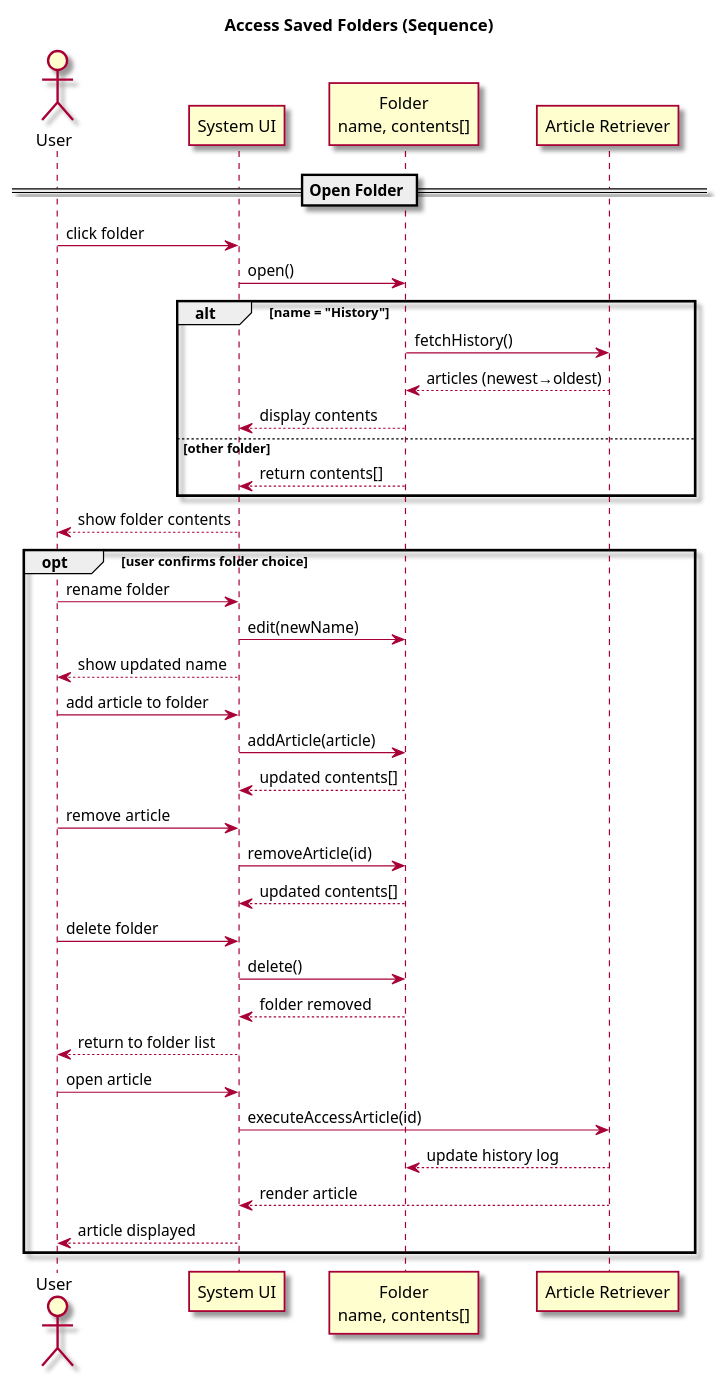
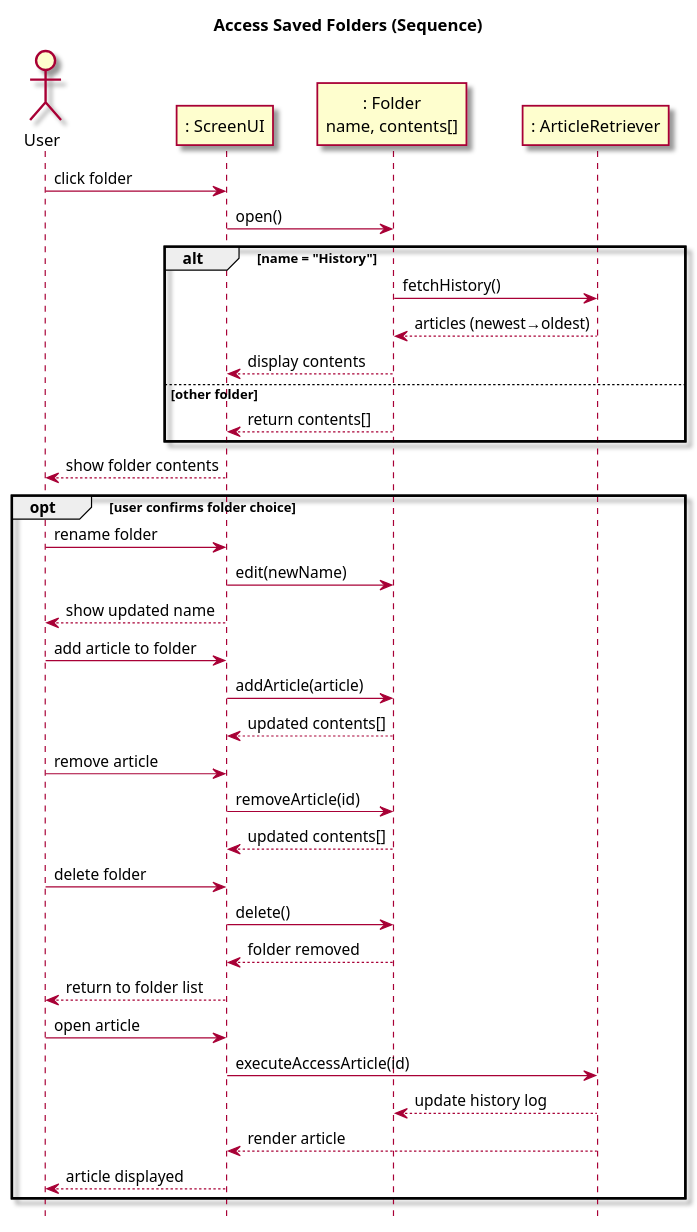
The second of 2 diagrams in intellij/doc/use-cases/access-saved-folders.md (owhitleym-ui/EcoScoop), drawn with PlantUML before and after one commit. The commit also changed other lines of this file and 6 other files, not shown here.

````diff
--- a/intellij/doc/use-cases/access-saved-folders.md
+++ b/intellij/doc/use-cases/access-saved-folders.md
@@ -76,60 +76,59 @@
 ```plantuml
 @startuml
 skin rose
+hide footbox
 
 title Access Saved Folders (Sequence)
 
 actor User
-participant "System UI" as UI
-participant "Folder\nname, contents[]" as Folder
-participant "Article Retriever" as ArticleRetriever
+participant ": ScreenUI" as UI
+participant ": Folder\nname, contents[]" as Folder
+participant ": ArticleRetriever" as ArticleRetriever
 
-== Open Folder ==
 User -> UI : click folder
 UI -> Folder : open()
 
 alt name = "History"
     Folder -> ArticleRetriever : fetchHistory()
     ArticleRetriever --> Folder : articles (newest→oldest)
     Folder --> UI : display contents
 else other folder
     Folder --> UI : return contents[]
 end
 
 UI --> User : show folder contents
 
 opt user confirms folder choice
 
 ' Rename
 User -> UI : rename folder
 UI -> Folder : edit(newName)
 UI --> User : show updated name
 
 ' Add article
 User -> UI : add article to folder
 UI -> Folder : addArticle(article)
 Folder --> UI : updated contents[]
 
 ' Remove article
 User -> UI : remove article
 UI -> Folder : removeArticle(id)
 Folder --> UI : updated contents[]
 
 ' Delete folder
     User -> UI : delete folder
     UI -> Folder : delete()
     Folder --> UI : folder removed
     UI --> User : return to folder list
 
 User -> UI : open article
 UI -> ArticleRetriever : executeAccessArticle(id)
 ArticleRetriever --> Folder : update history log
 ArticleRetriever --> UI : render article
 UI --> User : article displayed
 
 end
-@enduml
 
 
 @enduml
 ```
````
